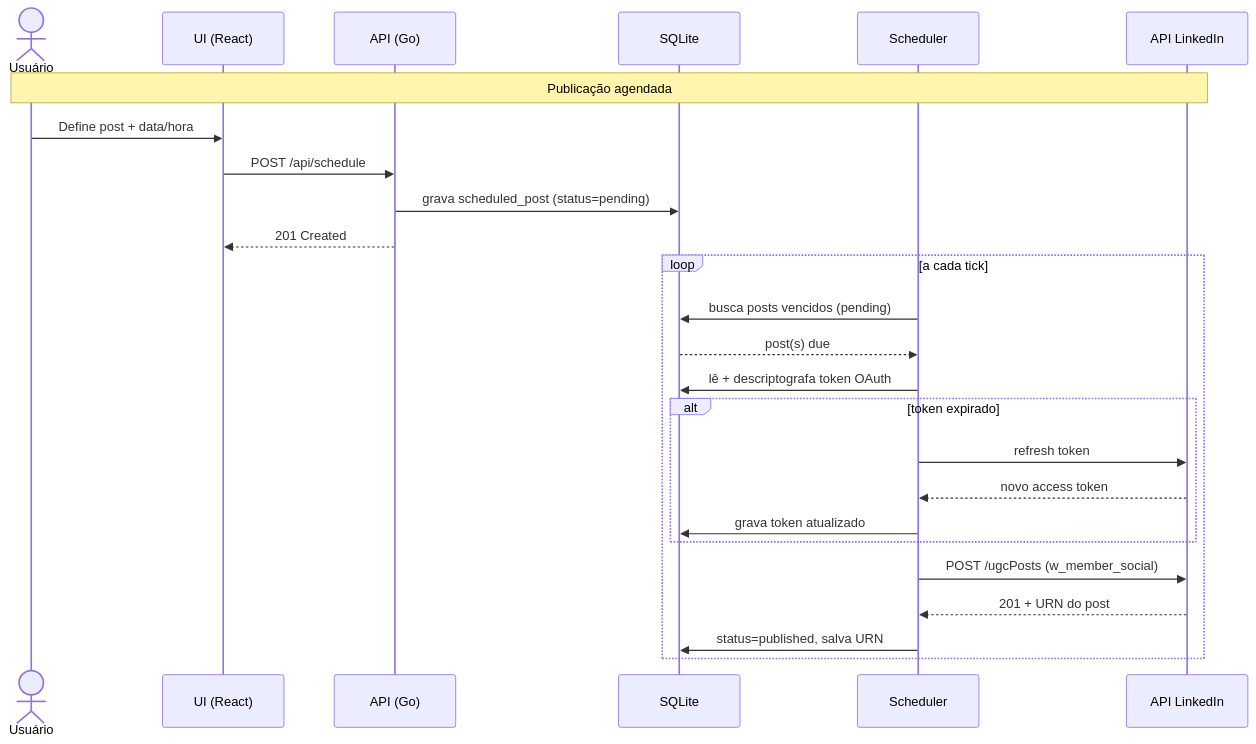
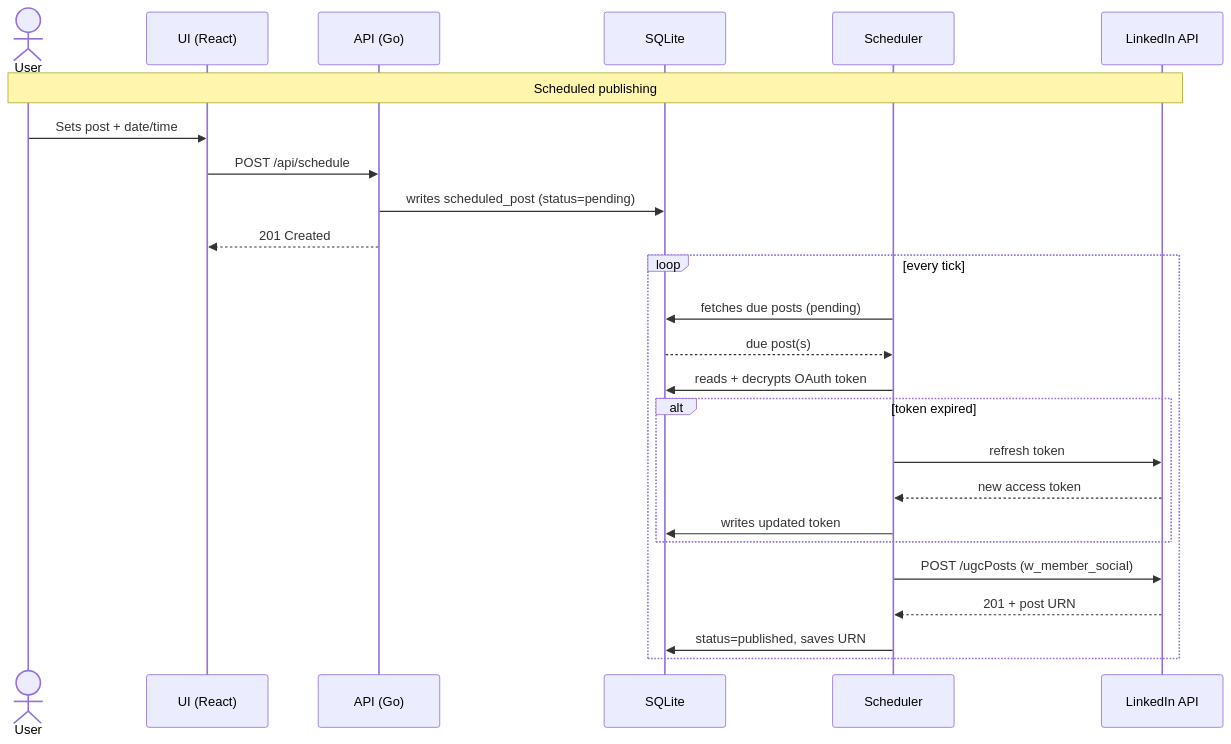
Before and after one commit to Vitor-andrade/linkedin-post-executor: the diagram in docs/diagrams/publish-sequence.mmd, drawn with Mermaid. The commit also changed 25 other files, not shown here.

```diff
--- a/docs/diagrams/publish-sequence.mmd
+++ b/docs/diagrams/publish-sequence.mmd
@@ -1,27 +1,27 @@
 sequenceDiagram
-    actor U as Usuário
+    actor U as User
     participant UI as UI (React)
     participant API as API (Go)
     participant DB as SQLite
     participant SCH as Scheduler
-    participant LI as API LinkedIn
+    participant LI as LinkedIn API
 
-    Note over U,LI: Publicação agendada
-    U->>UI: Define post + data/hora
+    Note over U,LI: Scheduled publishing
+    U->>UI: Sets post + date/time
     UI->>API: POST /api/schedule
-    API->>DB: grava scheduled_post (status=pending)
+    API->>DB: writes scheduled_post (status=pending)
     API-->>UI: 201 Created
 
-    loop a cada tick
-        SCH->>DB: busca posts vencidos (pending)
-        DB-->>SCH: post(s) due
-        SCH->>DB: lê + descriptografa token OAuth
-        alt token expirado
+    loop every tick
+        SCH->>DB: fetches due posts (pending)
+        DB-->>SCH: due post(s)
+        SCH->>DB: reads + decrypts OAuth token
+        alt token expired
             SCH->>LI: refresh token
-            LI-->>SCH: novo access token
-            SCH->>DB: grava token atualizado
+            LI-->>SCH: new access token
+            SCH->>DB: writes updated token
         end
         SCH->>LI: POST /ugcPosts (w_member_social)
-        LI-->>SCH: 201 + URN do post
-        SCH->>DB: status=published, salva URN
+        LI-->>SCH: 201 + post URN
+        SCH->>DB: status=published, saves URN
     end
```
